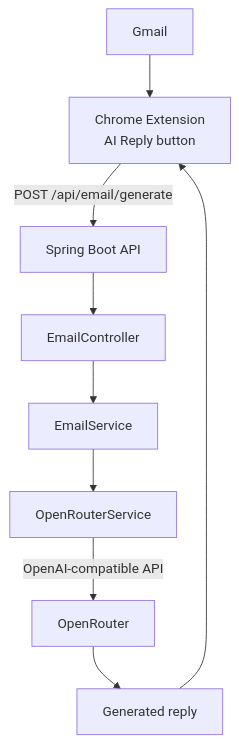
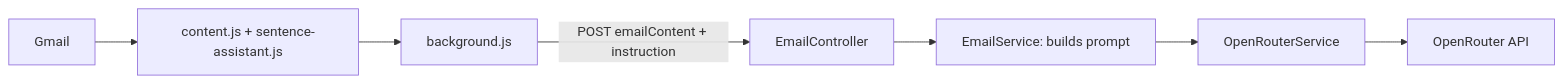
One commit to inimai09/AIEmailAssistant changed the diagram in README.md. Above: the diagram before and after it, drawn with Mermaid. The commit also changed other lines of this file, not shown here.

````diff
--- a/README.md
+++ b/README.md
@@ -29,11 +13,9 @@
 ```mermaid
-flowchart TD
-    A[Gmail] --> B[Chrome Extension<br/>AI Reply button]
-    B -->|POST /api/email/generate| C[Spring Boot API]
-    C --> D[EmailController]
-    D --> E[EmailService]
-    E --> F[OpenRouterService]
-    F -->|OpenAI-compatible API| G[OpenRouter]
-    G --> H[Generated reply]
-    H --> B
+flowchart LR
+    G[Gmail] --> C[content.js + sentence-assistant.js]
+    C --> B[background.js]
+    B -->|POST emailContent + instruction| E[EmailController]
+    E --> S[EmailService: builds prompt]
+    S --> O[OpenRouterService]
+    O --> R[OpenRouter API]
 ```
````
